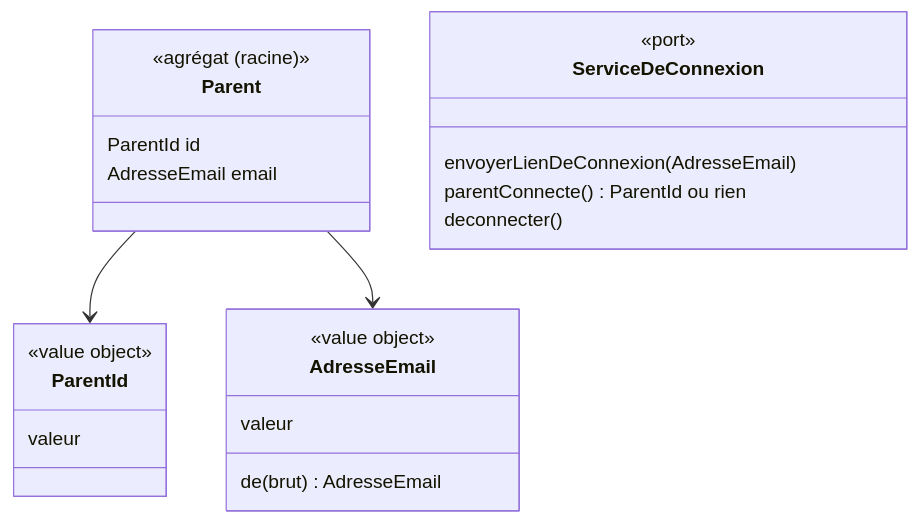
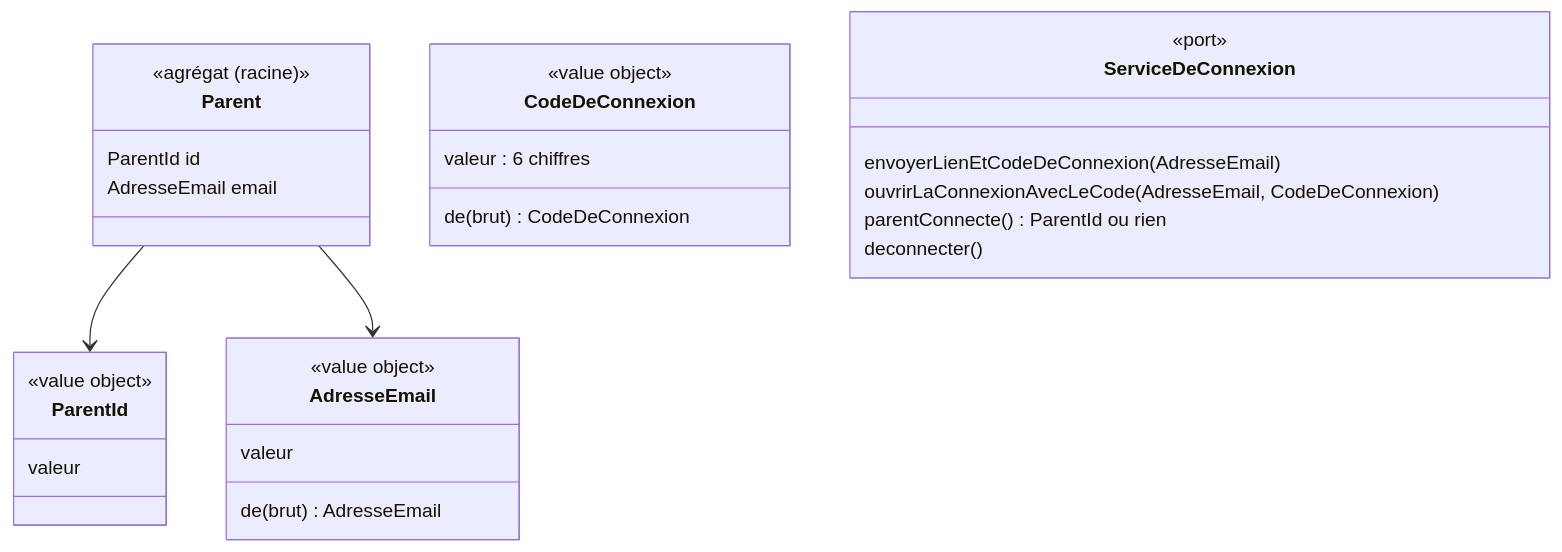
The diagram in docs/stories/5/domain-model.md (SBA-dev/github-move), drawn with Mermaid before and after one commit. The commit also changed other lines of this file and 4 other files, not shown here.

````diff
--- a/docs/stories/5/domain-model.md
+++ b/docs/stories/5/domain-model.md
@@ -40,25 +45,31 @@
 ```mermaid
 classDiagram
   class Parent {
     <<agrégat (racine)>>
     ParentId id
     AdresseEmail email
   }
   class ParentId {
     <<value object>>
     valeur
   }
   class AdresseEmail {
     <<value object>>
     valeur
     de(brut) AdresseEmail
   }
+  class CodeDeConnexion {
+    <<value object>>
+    valeur : 6 chiffres
+    de(brut) CodeDeConnexion
+  }
   class ServiceDeConnexion {
     <<port>>
-    envoyerLienDeConnexion(AdresseEmail)
+    envoyerLienEtCodeDeConnexion(AdresseEmail)
+    ouvrirLaConnexionAvecLeCode(AdresseEmail, CodeDeConnexion)
     parentConnecte() ParentId ou rien
     deconnecter()
   }
   Parent --> ParentId
   Parent --> AdresseEmail
 ```
````
